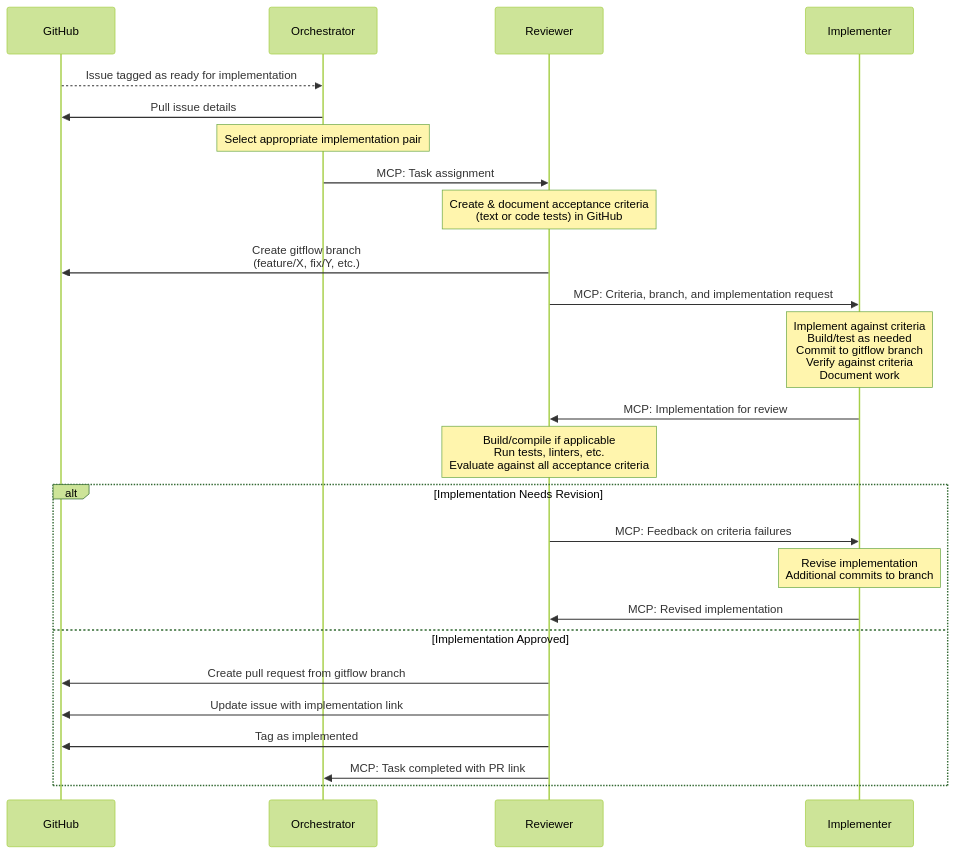
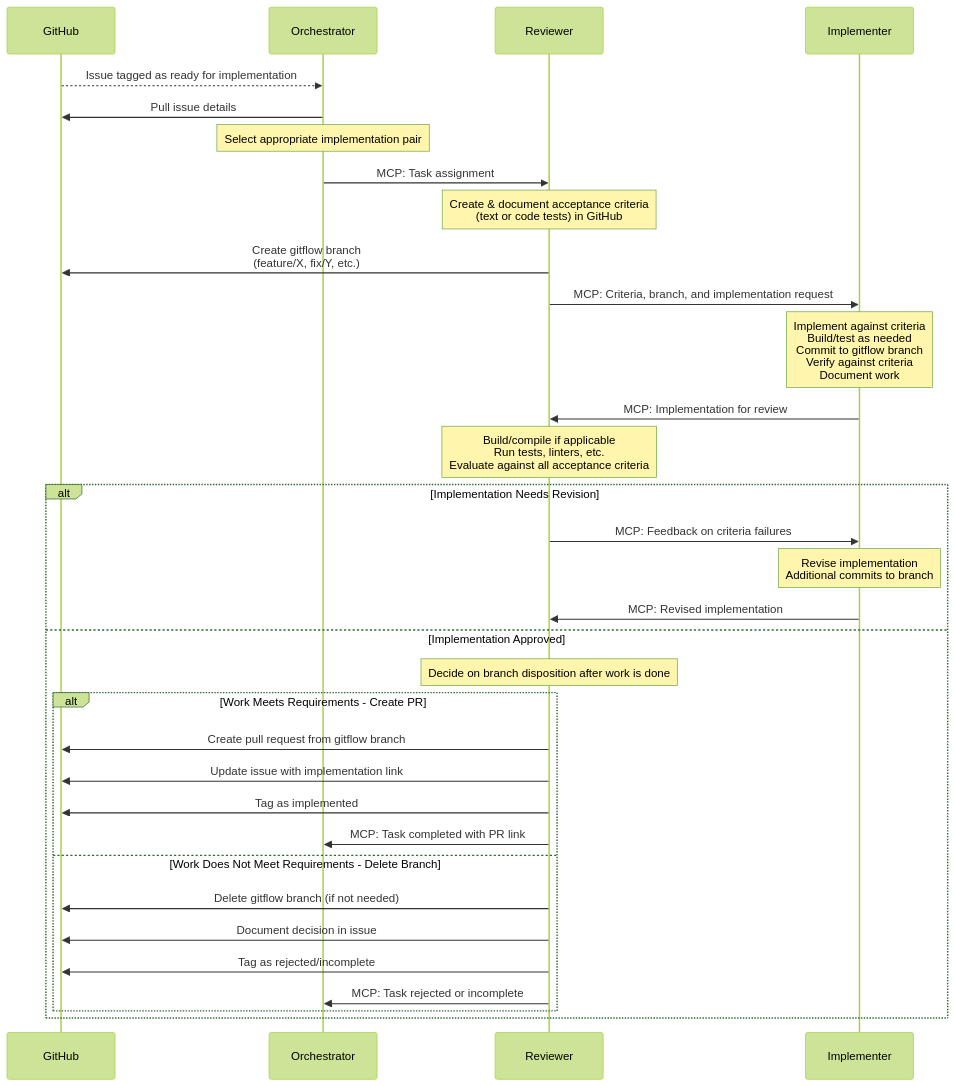
One commit to o2alexanderfedin/ai-assistant-project changed diagram 11 of 15 in docs/architecture/diagrams/orchestrator-use-cases.md. Above: the diagram before and after it, drawn with Mermaid (forest theme). The commit also changed other lines of this file, not shown here.

Commit message:
Add Reviewer branch disposition decision after implementation work

````diff
--- a/docs/architecture/diagrams/orchestrator-use-cases.md
+++ b/docs/architecture/diagrams/orchestrator-use-cases.md
@@ -329,32 +329,40 @@
 ```mermaid
 sequenceDiagram
     participant GitHub
     participant Orchestrator
     participant Reviewer
     participant Implementer
     
     GitHub-->>Orchestrator: Issue tagged as ready for implementation
     Orchestrator->>GitHub: Pull issue details
     Note over Orchestrator: Select appropriate implementation pair
     Orchestrator->>Reviewer: MCP: Task assignment
     
     Note over Reviewer: Create & document acceptance criteria<br>(text or code tests) in GitHub
     Reviewer->>GitHub: Create gitflow branch<br>(feature/X, fix/Y, etc.)
     Reviewer->>Implementer: MCP: Criteria, branch, and implementation request
     
     Note over Implementer: Implement against criteria<br>Build/test as needed<br>Commit to gitflow branch<br>Verify against criteria<br>Document work
     
     Implementer->>Reviewer: MCP: Implementation for review
     Note over Reviewer: Build/compile if applicable<br>Run tests, linters, etc.<br>Evaluate against all acceptance criteria
     
     alt Implementation Needs Revision
         Reviewer->>Implementer: MCP: Feedback on criteria failures
         Note over Implementer: Revise implementation<br>Additional commits to branch
         Implementer->>Reviewer: MCP: Revised implementation
     else Implementation Approved
-        Reviewer->>GitHub: Create pull request from gitflow branch
-        Reviewer->>GitHub: Update issue with implementation link
-        Reviewer->>GitHub: Tag as implemented
-        Reviewer->>Orchestrator: MCP: Task completed with PR link
+        Note over Reviewer: Decide on branch disposition after work is done
+        alt Work Meets Requirements - Create PR
+            Reviewer->>GitHub: Create pull request from gitflow branch
+            Reviewer->>GitHub: Update issue with implementation link
+            Reviewer->>GitHub: Tag as implemented
+            Reviewer->>Orchestrator: MCP: Task completed with PR link
+        else Work Does Not Meet Requirements - Delete Branch
+            Reviewer->>GitHub: Delete gitflow branch (if not needed)
+            Reviewer->>GitHub: Document decision in issue
+            Reviewer->>GitHub: Tag as rejected/incomplete
+            Reviewer->>Orchestrator: MCP: Task rejected or incomplete
+        end
     end
 ```
````
